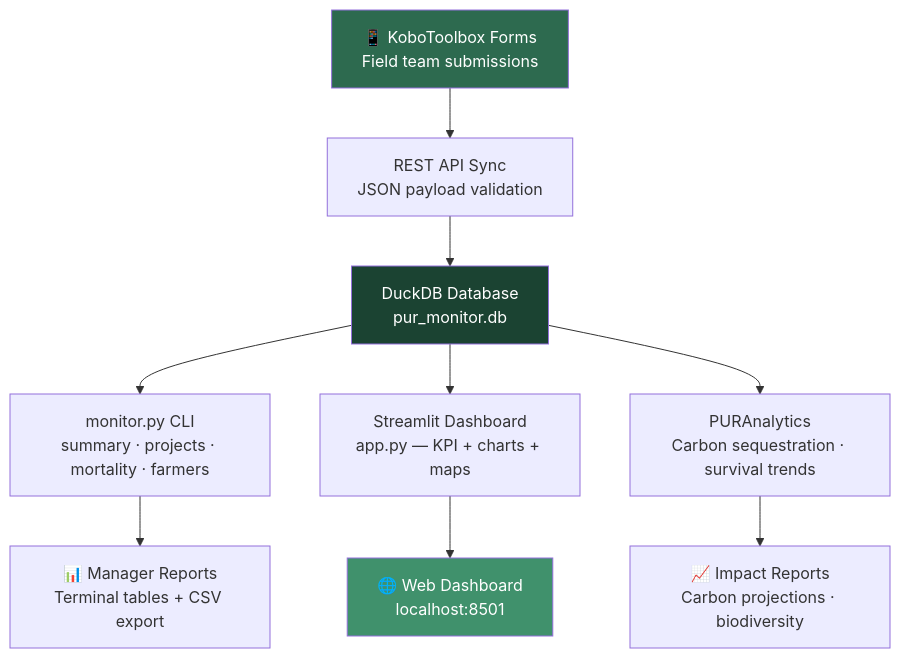
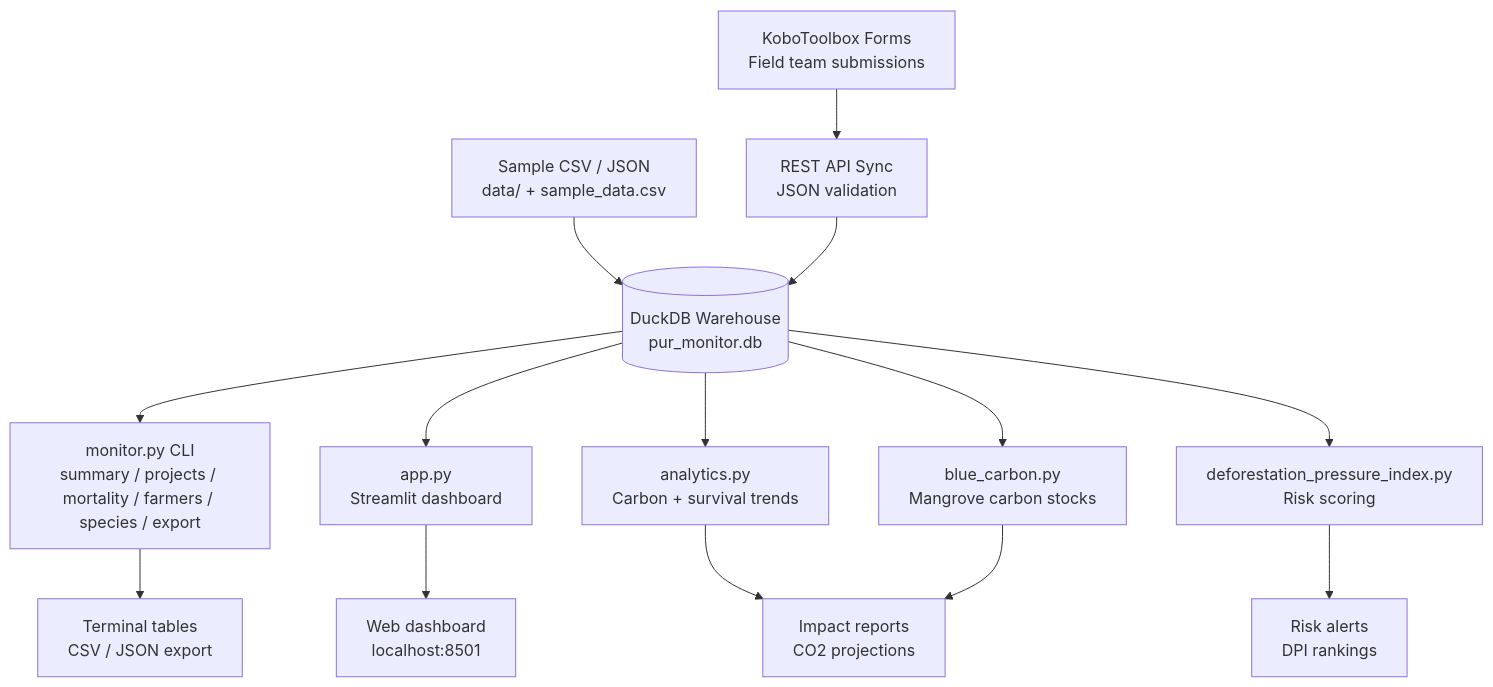
One commit to achmadnaufal/pur-monitor changed the diagram in README.md. Above: the diagram before and after it, drawn with Mermaid. The commit also changed other lines of this file and 3 other files, not shown here.

Commit message:
docs: add demo output, CLI usage, and architecture diagram

````diff
--- a/README.md
+++ b/README.md
@@ -150,15 +24,16 @@
 ```mermaid
 graph TD
-    A[📱 KoboToolbox Forms\nField team submissions] --> B[REST API Sync\nJSON payload validation]
-    B --> C[DuckDB Database\npur_monitor.db]
-    C --> D[monitor.py CLI\nsummary · projects · mortality · farmers]
-    C --> E[Streamlit Dashboard\napp.py — KPI + charts + maps]
-    C --> F[PURAnalytics\nCarbon sequestration · survival trends]
-    D --> G[📊 Manager Reports\nTerminal tables + CSV export]
-    E --> H[🌐 Web Dashboard\nlocalhost:8501]
-    F --> I[📈 Impact Reports\nCarbon projections · biodiversity]
-
-    style A fill:#2d6a4f,color:#fff
-    style C fill:#1b4332,color:#fff
-    style H fill:#40916c,color:#fff
+    A[KoboToolbox Forms<br/>Field team submissions] --> B[REST API Sync<br/>JSON validation]
+    S[Sample CSV / JSON<br/>data/ + sample_data.csv] --> C
+    B --> C[(DuckDB Warehouse<br/>pur_monitor.db)]
+    C --> D[monitor.py CLI<br/>summary / projects / mortality / farmers / species / export]
+    C --> E[app.py<br/>Streamlit dashboard]
+    C --> F[analytics.py<br/>Carbon + survival trends]
+    C --> G[blue_carbon.py<br/>Mangrove carbon stocks]
+    C --> H[deforestation_pressure_index.py<br/>Risk scoring]
+    D --> R1[Terminal tables<br/>CSV / JSON export]
+    E --> R2[Web dashboard<br/>localhost:8501]
+    F --> R3[Impact reports<br/>CO2 projections]
+    G --> R3
+    H --> R4[Risk alerts<br/>DPI rankings]
 ```
````
